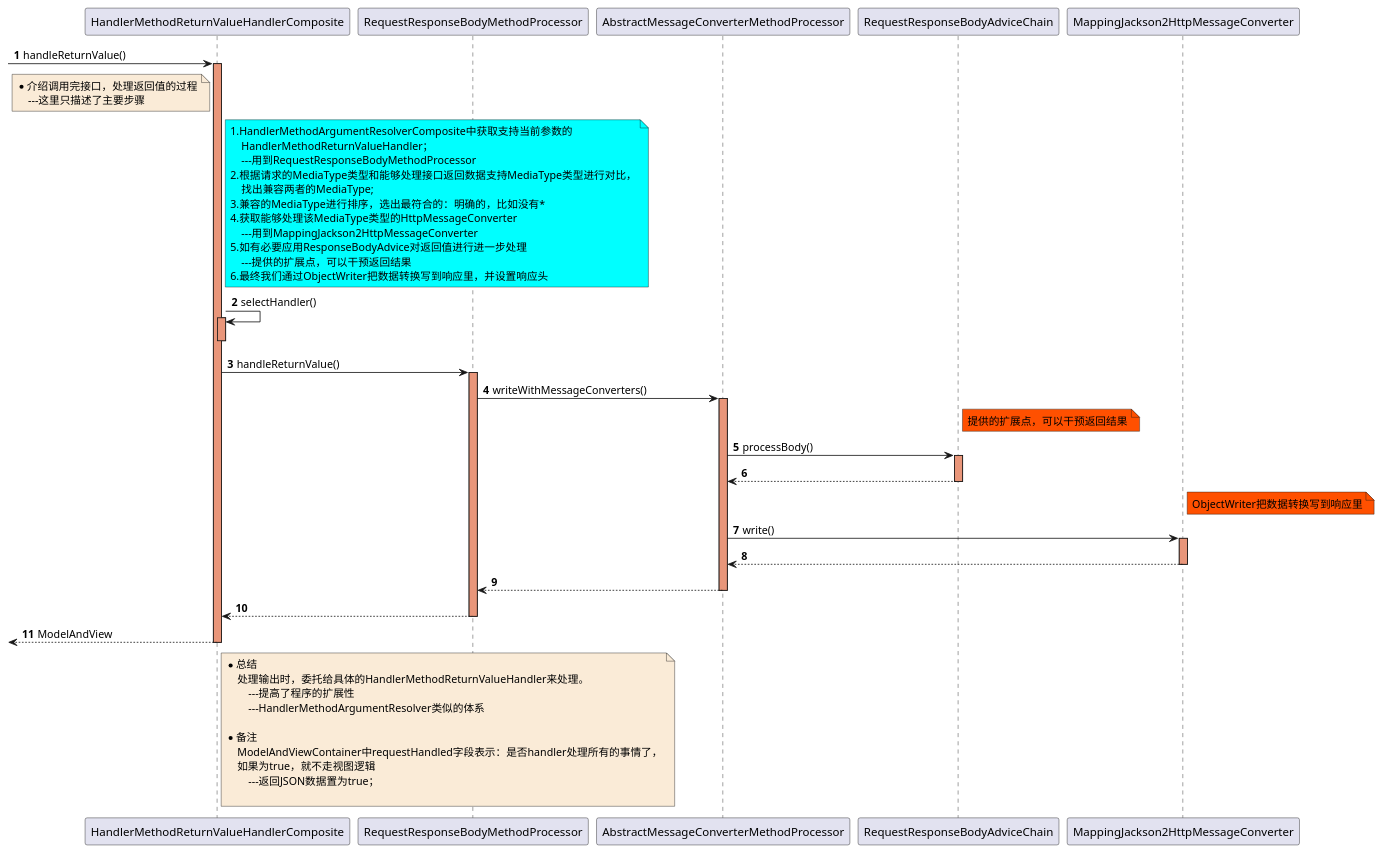
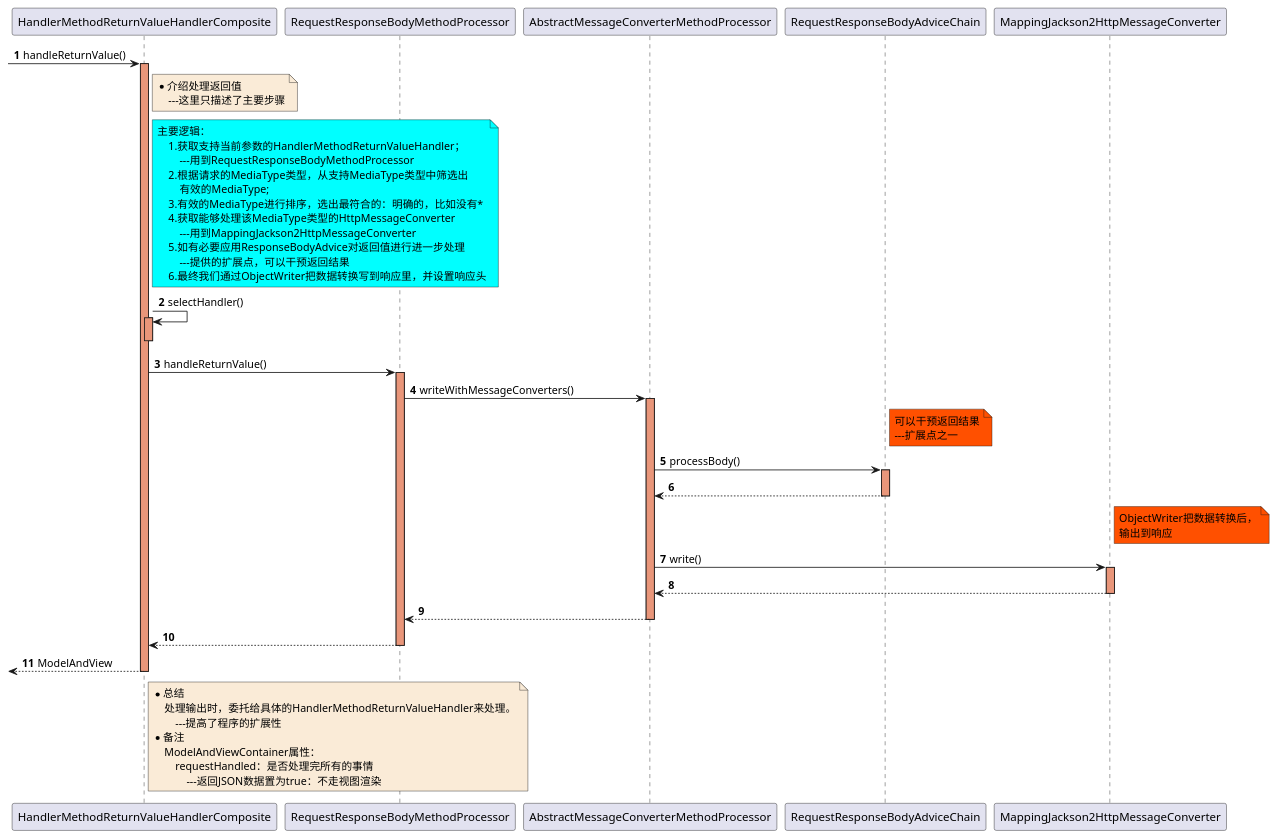
The diagram in document/spring/mvc/sequence/MVC-Invoke-4-HandlerMethodReturnValueHandlerComposite_handleReturnValue-sequence.puml (czwer/learn-spring-code), drawn with PlantUML before and after one commit. The commit also changed 33 other files, not shown here.

Commit message:
MVC相关时序图，类图修改

```diff
--- a/document/spring/mvc/sequence/MVC-Invoke-4-HandlerMethodReturnValueHandlerComposite_handleReturnValue-sequence.puml
+++ b/document/spring/mvc/sequence/MVC-Invoke-4-HandlerMethodReturnValueHandlerComposite_handleReturnValue-sequence.puml
@@ -1,76 +1,75 @@
 @startuml
 autonumber
 
 -> HandlerMethodReturnValueHandlerComposite: handleReturnValue()
 activate HandlerMethodReturnValueHandlerComposite #DarkSalmon
 
-    note left of HandlerMethodReturnValueHandlerComposite #FAEBD7
-        *介绍调用完接口，处理返回值的过程
+    note right of HandlerMethodReturnValueHandlerComposite #FAEBD7
+        *介绍处理返回值
             ---这里只描述了主要步骤
     end note
 
     note right of HandlerMethodReturnValueHandlerComposite #aqua
-        1.HandlerMethodArgumentResolverComposite中获取支持当前参数的
-            HandlerMethodReturnValueHandler；
-            ---用到RequestResponseBodyMethodProcessor
-        2.根据请求的MediaType类型和能够处理接口返回数据支持MediaType类型进行对比，
-            找出兼容两者的MediaType;
-        3.兼容的MediaType进行排序，选出最符合的：明确的，比如没有*
-        4.获取能够处理该MediaType类型的HttpMessageConverter
-            ---用到MappingJackson2HttpMessageConverter
-        5.如有必要应用ResponseBodyAdvice对返回值进行进一步处理
-            ---提供的扩展点，可以干预返回结果
-        6.最终我们通过ObjectWriter把数据转换写到响应里，并设置响应头
+        主要逻辑：
+            1.获取支持当前参数的HandlerMethodReturnValueHandler；
+                ---用到RequestResponseBodyMethodProcessor
+            2.根据请求的MediaType类型，从支持MediaType类型中筛选出
+                有效的MediaType;
+            3.有效的MediaType进行排序，选出最符合的：明确的，比如没有*
+            4.获取能够处理该MediaType类型的HttpMessageConverter
+                ---用到MappingJackson2HttpMessageConverter
+            5.如有必要应用ResponseBodyAdvice对返回值进行进一步处理
+                ---提供的扩展点，可以干预返回结果
+            6.最终我们通过ObjectWriter把数据转换写到响应里，并设置响应头
     end note
 
     HandlerMethodReturnValueHandlerComposite -> HandlerMethodReturnValueHandlerComposite : selectHandler()
     activate HandlerMethodReturnValueHandlerComposite #DarkSalmon
     deactivate HandlerMethodReturnValueHandlerComposite
 
     HandlerMethodReturnValueHandlerComposite -> RequestResponseBodyMethodProcessor :handleReturnValue()
     activate RequestResponseBodyMethodProcessor #DarkSalmon
 
         RequestResponseBodyMethodProcessor -> AbstractMessageConverterMethodProcessor :writeWithMessageConverters()
         activate AbstractMessageConverterMethodProcessor #DarkSalmon
 
             note right of RequestResponseBodyAdviceChain #FF5000
-                提供的扩展点，可以干预返回结果
+                可以干预返回结果
+                ---扩展点之一
             end note
             AbstractMessageConverterMethodProcessor -> RequestResponseBodyAdviceChain :processBody()
             activate RequestResponseBodyAdviceChain #DarkSalmon
             RequestResponseBodyAdviceChain --> AbstractMessageConverterMethodProcessor
             deactivate RequestResponseBodyAdviceChain
 
             note right of MappingJackson2HttpMessageConverter #FF5000
-                ObjectWriter把数据转换写到响应里
+                ObjectWriter把数据转换后，
+                输出到响应
             end note
             AbstractMessageConverterMethodProcessor -> MappingJackson2HttpMessageConverter :write()
             activate MappingJackson2HttpMessageConverter #DarkSalmon
             MappingJackson2HttpMessageConverter --> AbstractMessageConverterMethodProcessor
             deactivate MappingJackson2HttpMessageConverter
 
         AbstractMessageConverterMethodProcessor --> RequestResponseBodyMethodProcessor
         deactivate AbstractMessageConverterMethodProcessor
 
     RequestResponseBodyMethodProcessor --> HandlerMethodReturnValueHandlerComposite
     deactivate RequestResponseBodyMethodProcessor
 
 
 
 <-- HandlerMethodReturnValueHandlerComposite : ModelAndView
 deactivate HandlerMethodReturnValueHandlerComposite
 
 note right of HandlerMethodReturnValueHandlerComposite #FAEBD7
     *总结
         处理输出时，委托给具体的HandlerMethodReturnValueHandler来处理。
             ---提高了程序的扩展性
-            ---HandlerMethodArgumentResolver类似的体系
-
     *备注
-        ModelAndViewContainer中requestHandled字段表示：是否handler处理所有的事情了，
-        如果为true，就不走视图逻辑
-            ---返回JSON数据置为true；
-
+        ModelAndViewContainer属性：
+            requestHandled：是否处理完所有的事情
+                ---返回JSON数据置为true：不走视图渲染
 end note
 
 @enduml
```
